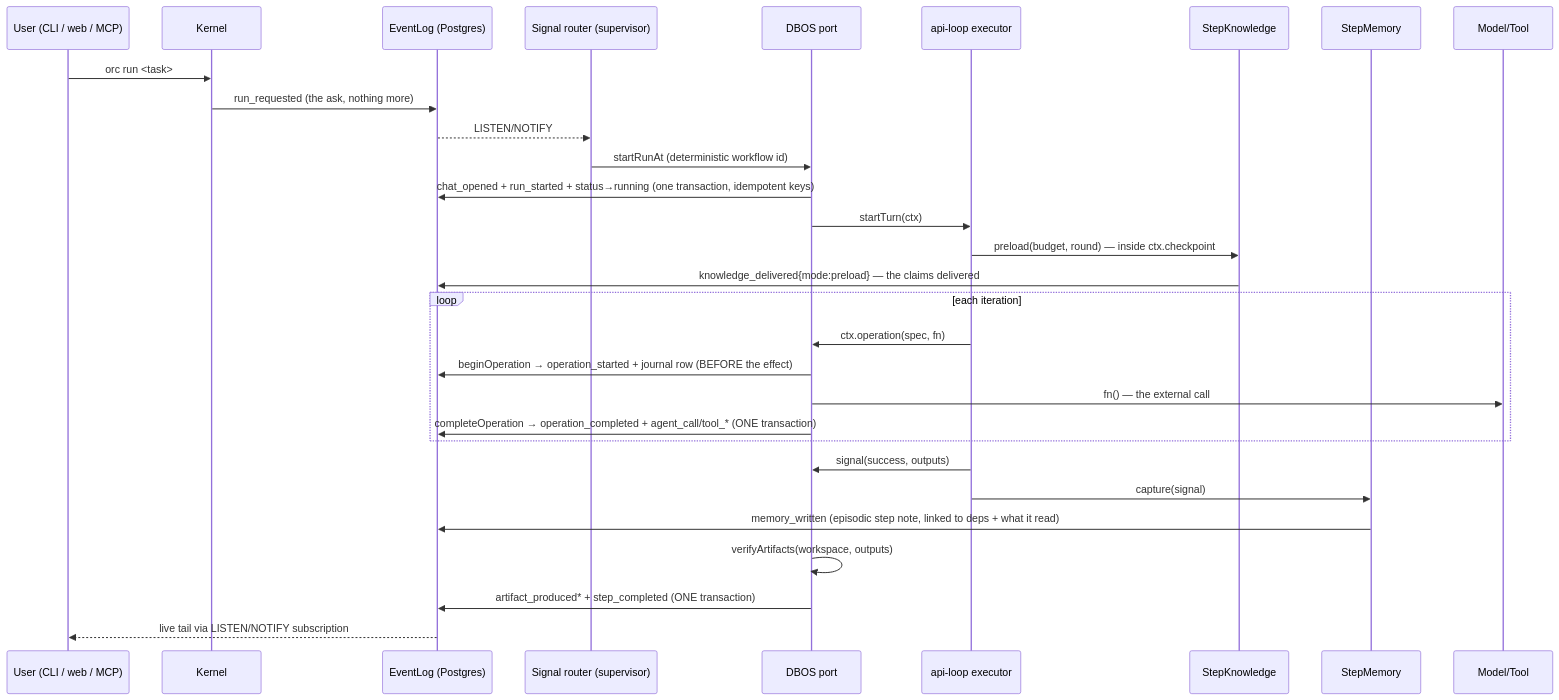
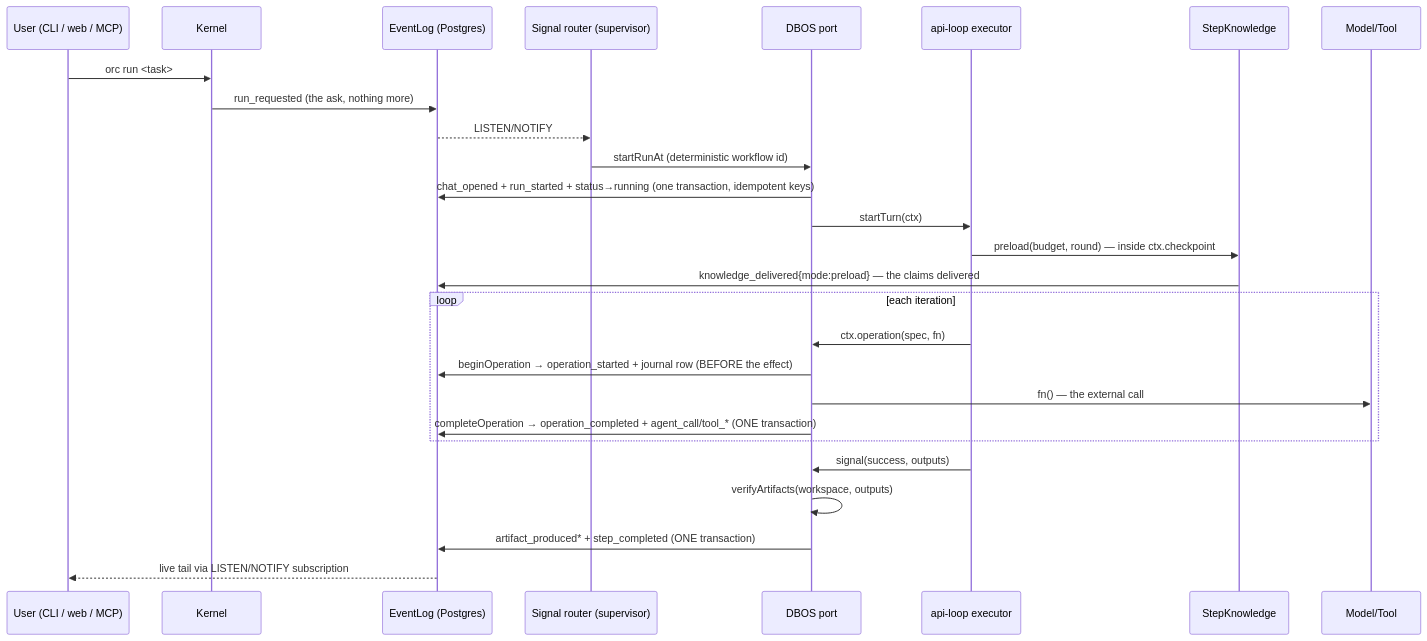
Before and after one commit to fetttttjoe/ORC: the sixth of 7 diagrams in docs/ARCHITECTURE.md, drawn with Mermaid. The commit also changed other lines of this file and 112 other files, not shown here.

````diff
--- a/docs/ARCHITECTURE.md
+++ b/docs/ARCHITECTURE.md
@@ -618,33 +617,30 @@
 ```mermaid
 sequenceDiagram
   participant U as User (CLI / web / MCP)
   participant K as Kernel
   participant L as EventLog (Postgres)
   participant R as Signal router (supervisor)
   participant D as DBOS port
   participant X as api-loop executor
   participant N as StepKnowledge
-  participant Y as StepMemory
   participant M as Model/Tool
 
   U->>K: orc run <task>
   K->>L: run_requested (the ask, nothing more)
   L-->>R: LISTEN/NOTIFY
   R->>D: startRunAt (deterministic workflow id)
   D->>L: chat_opened + run_started + status→running (one transaction, idempotent keys)
   D->>X: startTurn(ctx)
   X->>N: preload(budget, round) — inside ctx.checkpoint
   N->>L: knowledge_delivered{mode:preload} — the claims delivered
   loop each iteration
     X->>D: ctx.operation(spec, fn)
     D->>L: beginOperation → operation_started + journal row (BEFORE the effect)
     D->>M: fn() — the external call
     D->>L: completeOperation → operation_completed + agent_call/tool_* (ONE transaction)
   end
   X->>D: signal(success, outputs)
-  X->>Y: capture(signal)
-  Y->>L: memory_written (episodic step note, linked to deps + what it read)
   D->>D: verifyArtifacts(workspace, outputs)
   D->>L: artifact_produced* + step_completed (ONE transaction)
   L-->>U: live tail via LISTEN/NOTIFY subscription
 ```
````
